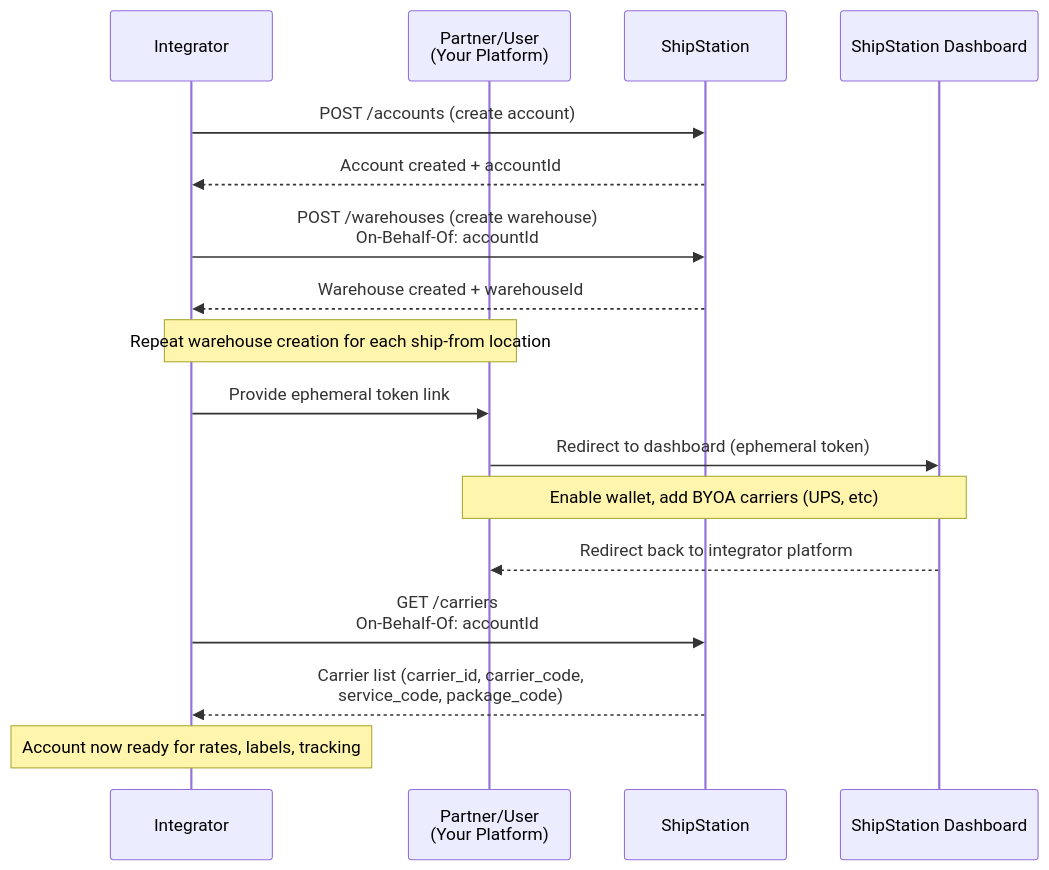
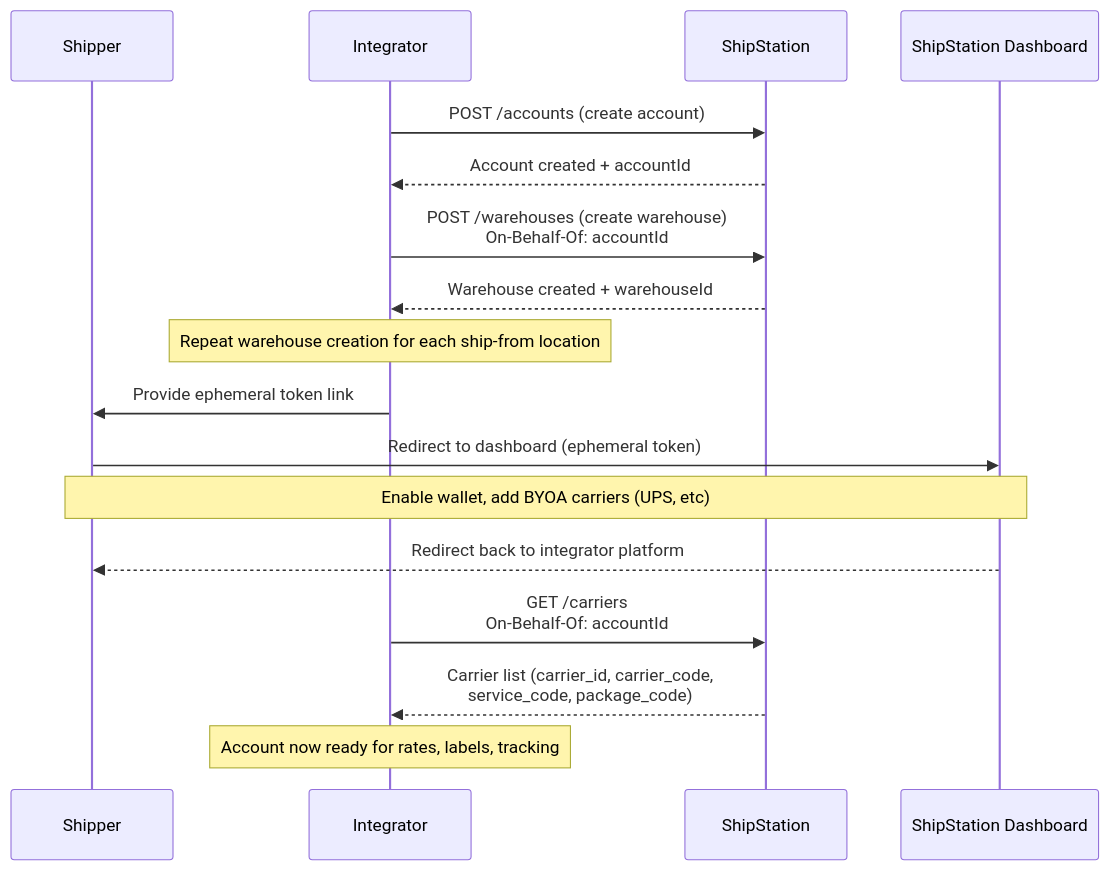
Before and after one commit to pmcgee-personal/shipstation-integration-toolkit: the diagram in patterns/partner api/carrier-portal-onboarding.md, drawn with Mermaid. The commit also changed other lines of this file and 1 other file, not shown here.

Commit message:
partner api: update diagrams

````diff
--- a/patterns/partner api/carrier-portal-onboarding.md
+++ b/patterns/partner api/carrier-portal-onboarding.md
@@ -9,25 +9,25 @@
 ```mermaid
 sequenceDiagram
+    participant Shipper
     participant Integrator
-    participant Partner/User as Partner/User<br/>(Your Platform)
     participant ShipStation
     participant SSAPIDashboard as ShipStation Dashboard
 
     Integrator->>ShipStation: POST /accounts (create account)
     ShipStation-->>Integrator: Account created + accountId
 
     Integrator->>ShipStation: POST /warehouses (create warehouse)<br/>On-Behalf-Of: accountId
     ShipStation-->>Integrator: Warehouse created + warehouseId
 
-    Note over Integrator,Partner/User: Repeat warehouse creation for each ship-from location
+    Note over Integrator: Repeat warehouse creation for each ship-from location
 
-    Integrator->>Partner/User: Provide ephemeral token link
-    Partner/User->>SSAPIDashboard: Redirect to dashboard (ephemeral token)
-    Note over Partner/User,SSAPIDashboard: Enable wallet, add BYOA carriers (UPS, etc)
-    SSAPIDashboard-->>Partner/User: Redirect back to integrator platform
+    Integrator->>Shipper: Provide ephemeral token link
+    Shipper->>SSAPIDashboard: Redirect to dashboard (ephemeral token)
+    Note over Shipper,SSAPIDashboard: Enable wallet, add BYOA carriers (UPS, etc)
+    SSAPIDashboard-->>Shipper: Redirect back to integrator platform
 
     Integrator->>ShipStation: GET /carriers<br/>On-Behalf-Of: accountId
     ShipStation-->>Integrator: Carrier list (carrier_id, carrier_code,<br/>service_code, package_code)
 
     Note over Integrator: Account now ready for rates, labels, tracking
 ```
````
